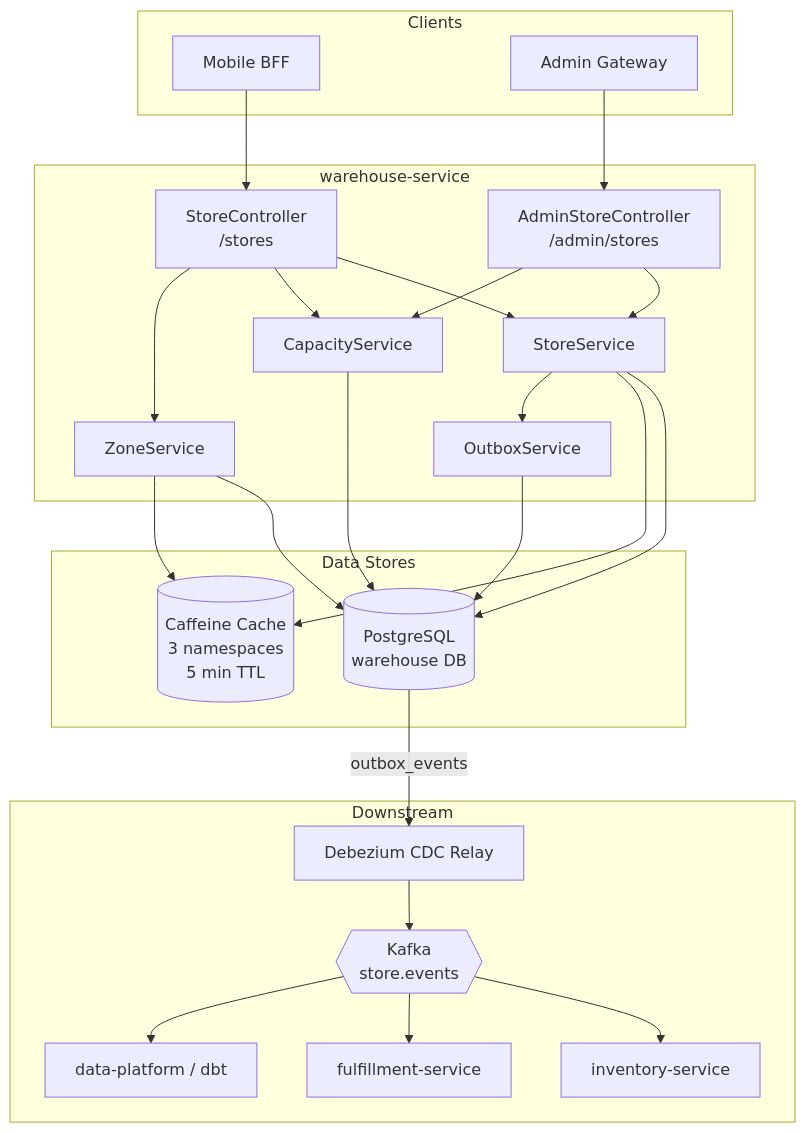
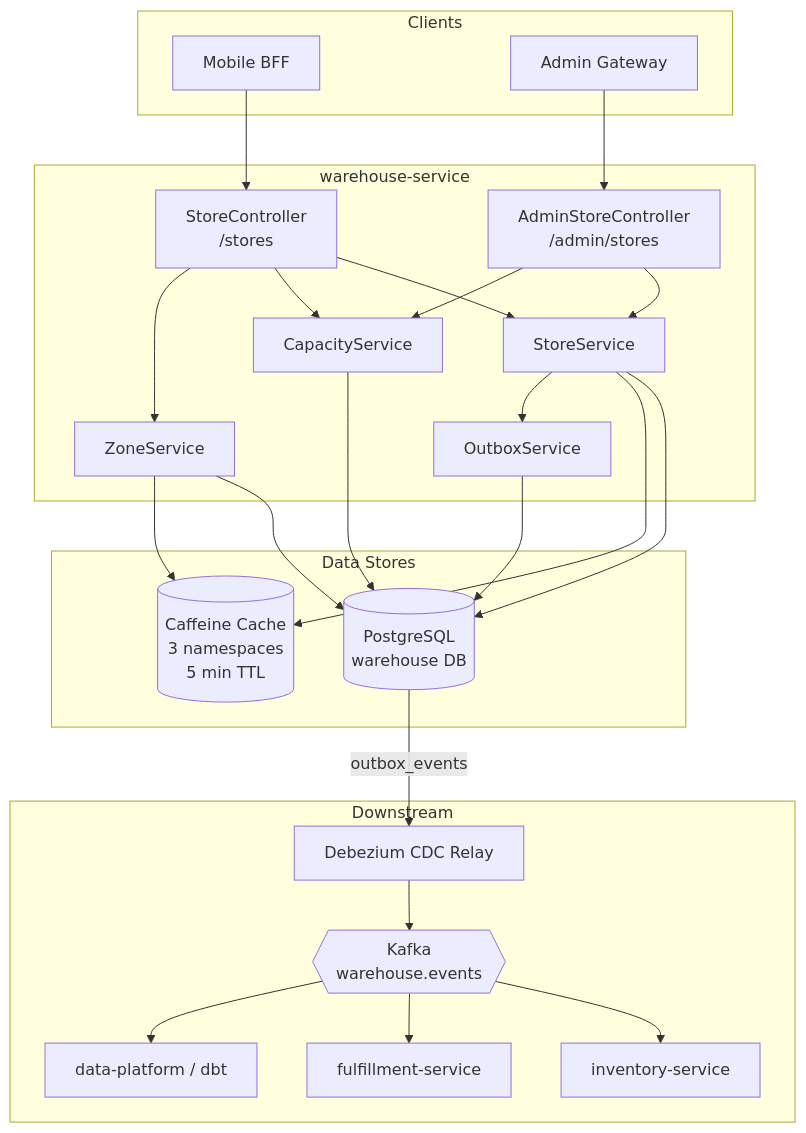
The first of 7 diagrams in services/warehouse-service/README.md (sunitakeazycommerz-a11y/InstaCommerce), drawn with Mermaid before and after one commit. The commit also changed other lines of this file and 646 other files, not shown here.

First line of the commit message:
feat(platform): harden edge tier, standardize monorepo architecture, and archive historical docs

````diff
--- a/services/warehouse-service/README.md
+++ b/services/warehouse-service/README.md
@@ -43,41 +43,41 @@
 ```mermaid
 flowchart TB
     subgraph Clients
         MB[Mobile BFF]
         AG[Admin Gateway]
     end
 
     subgraph warehouse-service
         SC[StoreController<br/>/stores]
         ASC[AdminStoreController<br/>/admin/stores]
         SS[StoreService]
         CS[CapacityService]
         ZS[ZoneService]
         OB[OutboxService]
     end
 
     subgraph Data Stores
         PG[(PostgreSQL<br/>warehouse DB)]
         CAF[(Caffeine Cache<br/>3 namespaces<br/>5 min TTL)]
     end
 
     subgraph Downstream
         CDC[Debezium CDC Relay]
-        KFK{{Kafka<br/>store.events}}
+        KFK{{Kafka<br/>warehouse.events}}
         INV[inventory-service]
         FUL[fulfillment-service]
         DP[data-platform / dbt]
     end
 
     MB --> SC
     AG --> ASC
     SC --> SS & CS & ZS
     ASC --> SS & CS
     SS --> PG & CAF & OB
     CS --> PG
     ZS --> PG & CAF
     OB --> PG
     PG -->|outbox_events| CDC
     CDC --> KFK
     KFK --> INV & FUL & DP
 ```
````
